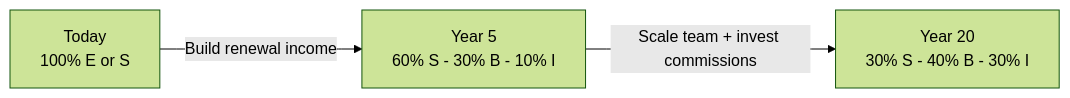
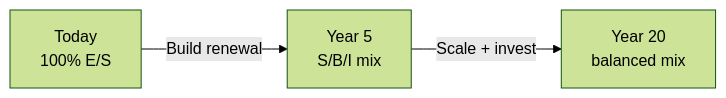
One commit to leotansingapore/aia-product-compass-hub changed the diagram in docs/first-60-days/week-2/day-11.md. Above: the diagram before and after it, drawn with Mermaid (forest theme). The commit also changed 2 other files, not shown here.

Commit message:
Week 2 charts now use shorter labels and clearer flow on income trajectory, retirement gaps, and the income-mix shift

````diff
--- a/docs/first-60-days/week-2/day-11.md
+++ b/docs/first-60-days/week-2/day-11.md
@@ -234,9 +234,4 @@
 ```mermaid
 flowchart LR
-    NOW["Today<br/>100% E or S"]
-    Y5["Year 5<br/>60% S - 30% B - 10% I"]
-    Y20["Year 20<br/>30% S - 40% B - 30% I"]
-
-    NOW -->|"Build renewal income"| Y5
-    Y5 -->|"Scale team + invest commissions"| Y20
+    NOW["Today<br/>100% E/S"] -->|"Build renewal"| Y5["Year 5<br/>S/B/I mix"] -->|"Scale + invest"| Y20["Year 20<br/>balanced mix"]
 ```
````
